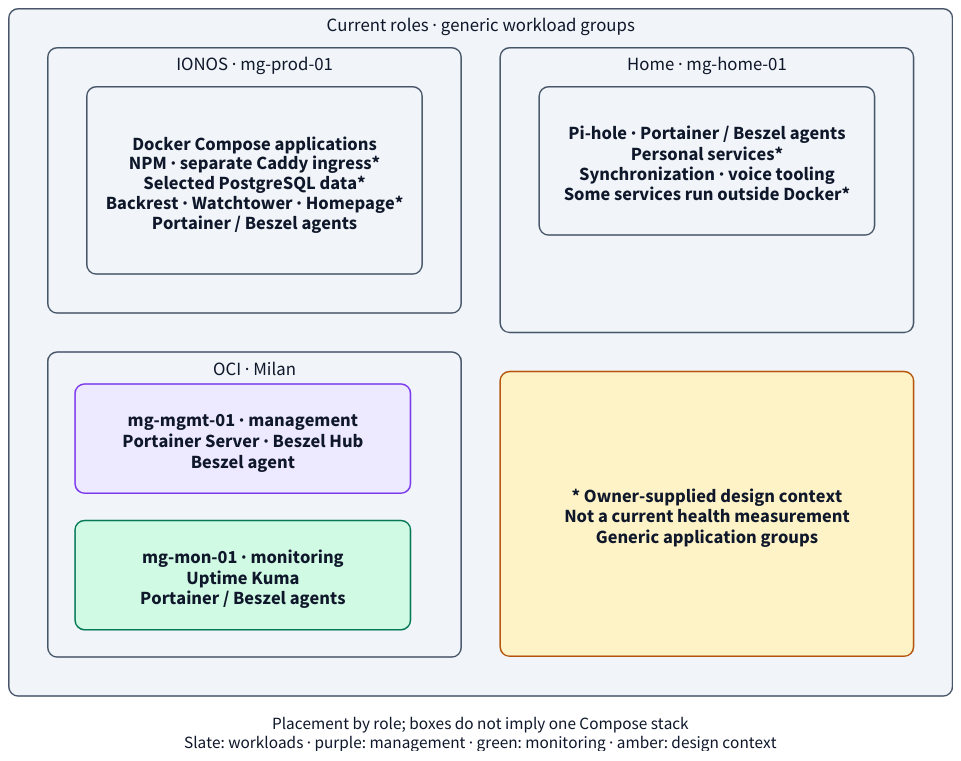
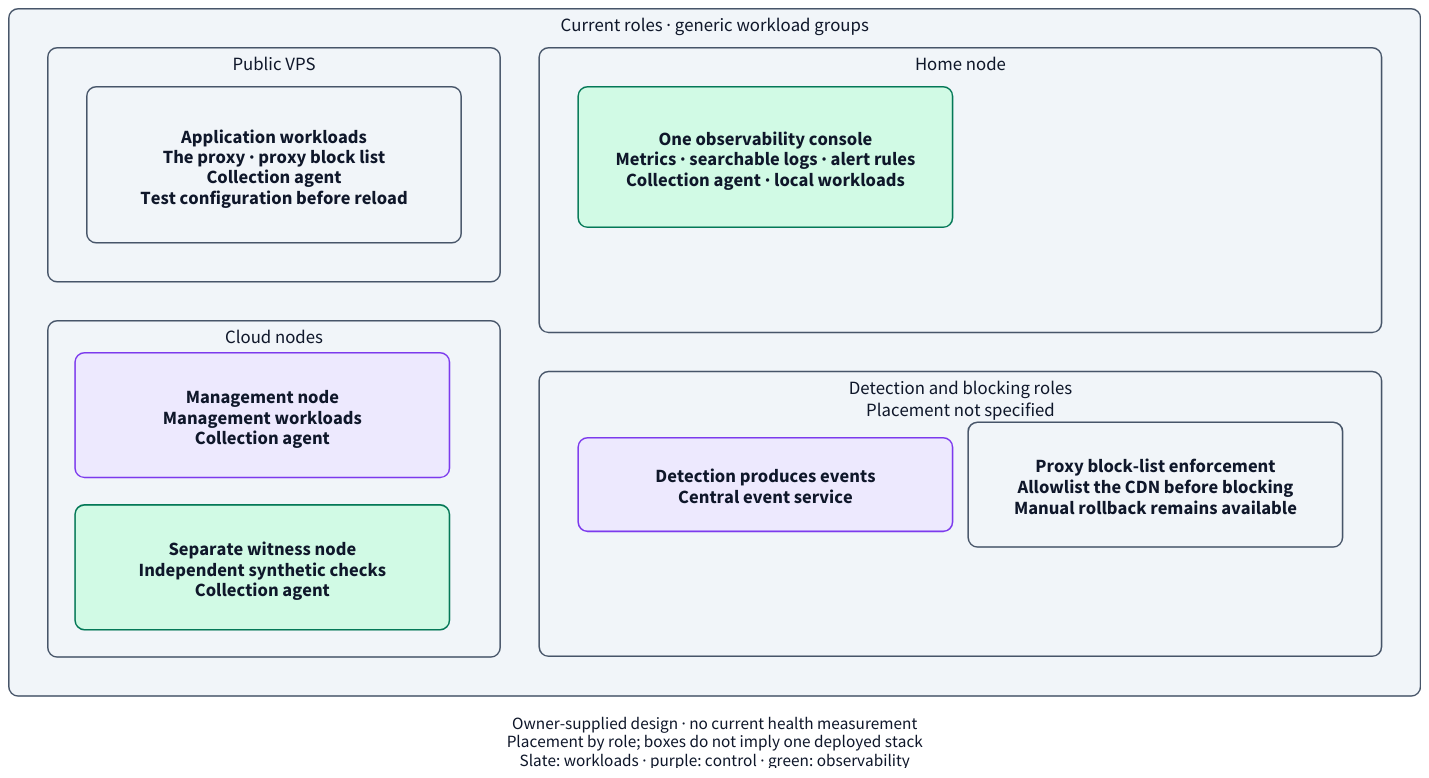
The diagram in diagrams/src/services-workloads.d2 (matteo-genovese/mg-lab), drawn with D2 before and after one commit. The commit also changed 32 other files, not shown here.

First line of the commit message:
Document the observability console and drop provider and city identifiers before publication

```diff
--- a/diagrams/src/services-workloads.d2
+++ b/diagrams/src/services-workloads.d2
@@ -1,45 +1,49 @@
 direction: right
 vars: {d2-config: {layout-engine: elk; theme-id: 0}}
 **.style.font-size: 24
 **.style.font-color: "#0f172a"
 **.style.border-radius: 12
 classes: {
   default: {style: {fill: "#f1f5f9"; stroke: "#475569"; font-color: "#0f172a"; font-size: 24; border-radius: 12}}
   control: {style.fill: "#ede9fe"; style.stroke: "#7c3aed"}
   monitor: {style.fill: "#d1fae5"; style.stroke: "#047857"}
   overlay: {style.fill: "#ccfbf1"; style.stroke: "#0f766e"}
   caveat: {style.fill: "#fef3c7"; style.stroke: "#b45309"}
   planned: {style.fill: "#fef3c7"; style.stroke: "#b45309"; style.stroke-dash: 6}
   public: {style.stroke: "#047857"; style.stroke-width: 3; style.font-size: 24; style.font-color: "#0f172a"}
   private: {style.stroke: "#0f766e"; style.stroke-width: 3; style.stroke-dash: 6; style.font-size: 24; style.font-color: "#0f172a"}
   flow: {style.stroke: "#475569"; style.stroke-width: 2; style.font-size: 24; style.font-color: "#0f172a"}
   uncertain: {style.stroke: "#b45309"; style.stroke-dash: 6; style.font-size: 24; style.font-color: "#0f172a"}
 }
 estate: "Current roles · generic workload groups" {
   class: default
   grid-columns: 2
   grid-gap: 50
-  ionos: "IONOS · mg-prod-01" {
+  public_host: "Public VPS" {
     class: default
-    stack: "Docker Compose applications\nNPM · separate Caddy ingress*\nSelected PostgreSQL data*\nBackrest · Watchtower · Homepage*\nPortainer / Beszel agents" {class: default; width: 430; height: 240}
+    stack: "Application workloads\nThe proxy · proxy block list\nCollection agent\nTest configuration before reload" {class: default; width: 480; height: 200}
   }
-  oci: "OCI · Milan" {
+  cloud: "Cloud nodes" {
     class: default
     grid-rows: 2
     grid-gap: 35
-    mgmt: "mg-mgmt-01 · management\nPortainer Server · Beszel Hub\nBeszel agent" {class: control; width: 430; height: 140}
-    mon: "mg-mon-01 · monitoring\nUptime Kuma\nPortainer / Beszel agents" {class: monitor; width: 430; height: 140}
+    mgmt: "Management node\nManagement workloads\nCollection agent" {class: control; width: 480; height: 160}
+    mon: "Separate witness node\nIndependent synthetic checks\nCollection agent" {class: monitor; width: 480; height: 160}
   }
-  home: "Home · mg-home-01" {
+  home: "Home node" {
     class: default
-    stack: "Pi-hole · Portainer / Beszel agents\nPersonal services*\nSynchronization · voice tooling\nSome services run outside Docker*" {class: default; width: 430; height: 190}
+    stack: "One observability console\nMetrics · searchable logs · alert rules\nCollection agent · local workloads" {class: monitor; width: 480; height: 180}
   }
-  context: "* Owner-supplied design context\nNot a current health measurement\nGeneric application groups" {class: caveat; width: 430; height: 160}
+  edge: "Detection and blocking roles\nPlacement not specified" {
+    class: default
+    detection: "Detection produces events\nCentral event service" {class: control; width: 480; height: 120}
+    blocking: "Proxy block-list enforcement\nAllowlist the CDN before blocking\nManual rollback remains available" {class: default; width: 480; height: 160}
+  }
 }
 
-legend: "Placement by role; boxes do not imply one Compose stack\nSlate: workloads · purple: management · green: monitoring · amber: design context" {
+legend: "Owner-supplied design · no current health measurement\nPlacement by role; boxes do not imply one deployed stack\nSlate: workloads · purple: control · green: observability" {
   shape: text
   near: bottom-center
   style.font-size: 22
   style.font-color: "#0f172a"
 }
```
